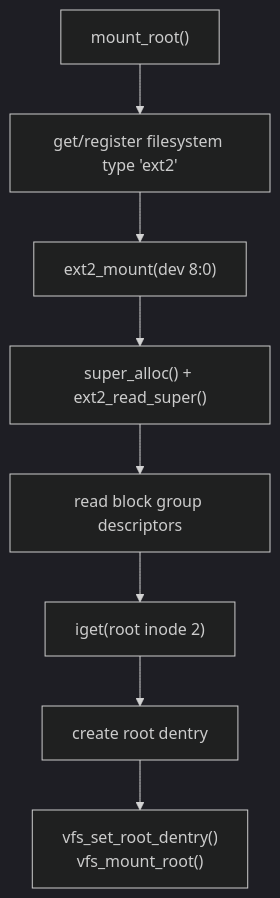
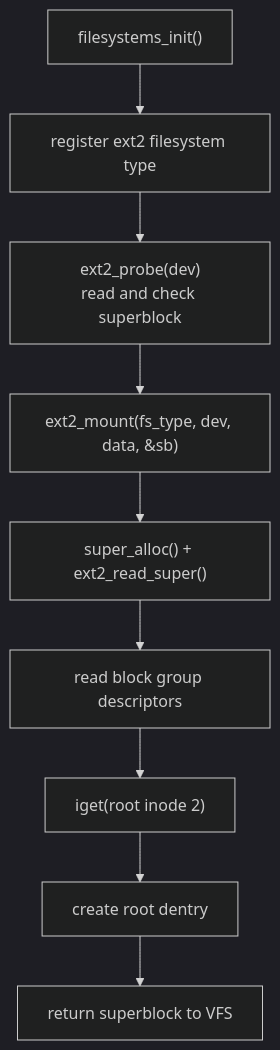
Before and after one commit to pillow-zx/CuteOS: the first of 3 diagrams in docs/architecture/ext2.md, drawn with Mermaid (dark theme). The commit also changed other lines of this file and 31 other files, not shown here.

Commit message:
vfs,agent: add auto mount support and agent skills

````diff
--- a/docs/architecture/ext2.md
+++ b/docs/architecture/ext2.md
@@ -69,13 +73,15 @@
 ```mermaid
 flowchart TD
-    Root["mount_root()"]
-    Type["get/register filesystem type 'ext2'"]
-    Mount["ext2_mount(dev 8:0)"]
+    Init["filesystems_init()"]
+    Register["register ext2 filesystem type"]
+    Probe["ext2_probe(dev)<br/>read and check superblock"]
+    Mount["ext2_mount(fs_type, dev, data, &sb)"]
     SB["super_alloc() + ext2_read_super()"]
     BGDT["read block group descriptors"]
     Inode["iget(root inode 2)"]
     Dentry["create root dentry"]
-    VFS["vfs_set_root_dentry()<br/>vfs_mount_root()"]
+    VFS["return superblock to VFS"]
 
-    Root --> Type --> Mount --> SB --> BGDT --> Inode --> Dentry --> VFS
+    Init --> Register
+    Register --> Probe --> Mount --> SB --> BGDT --> Inode --> Dentry --> VFS
 ```
````
